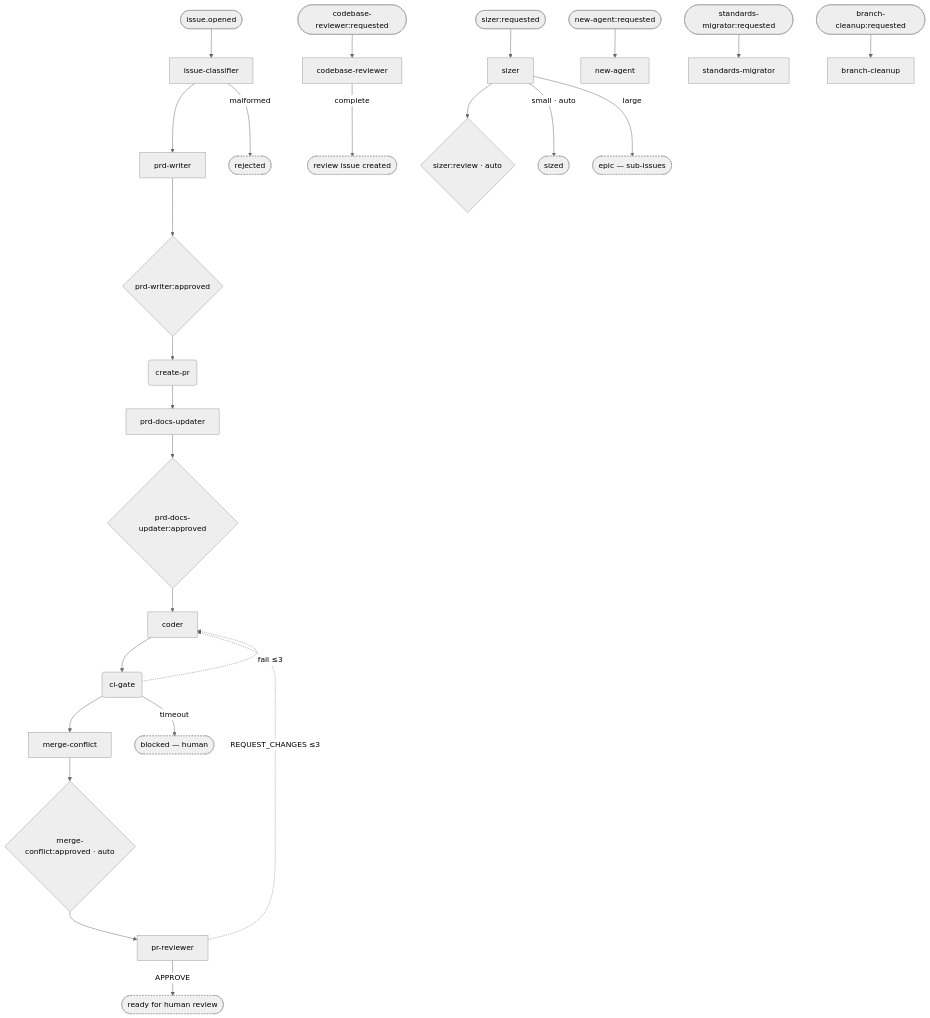
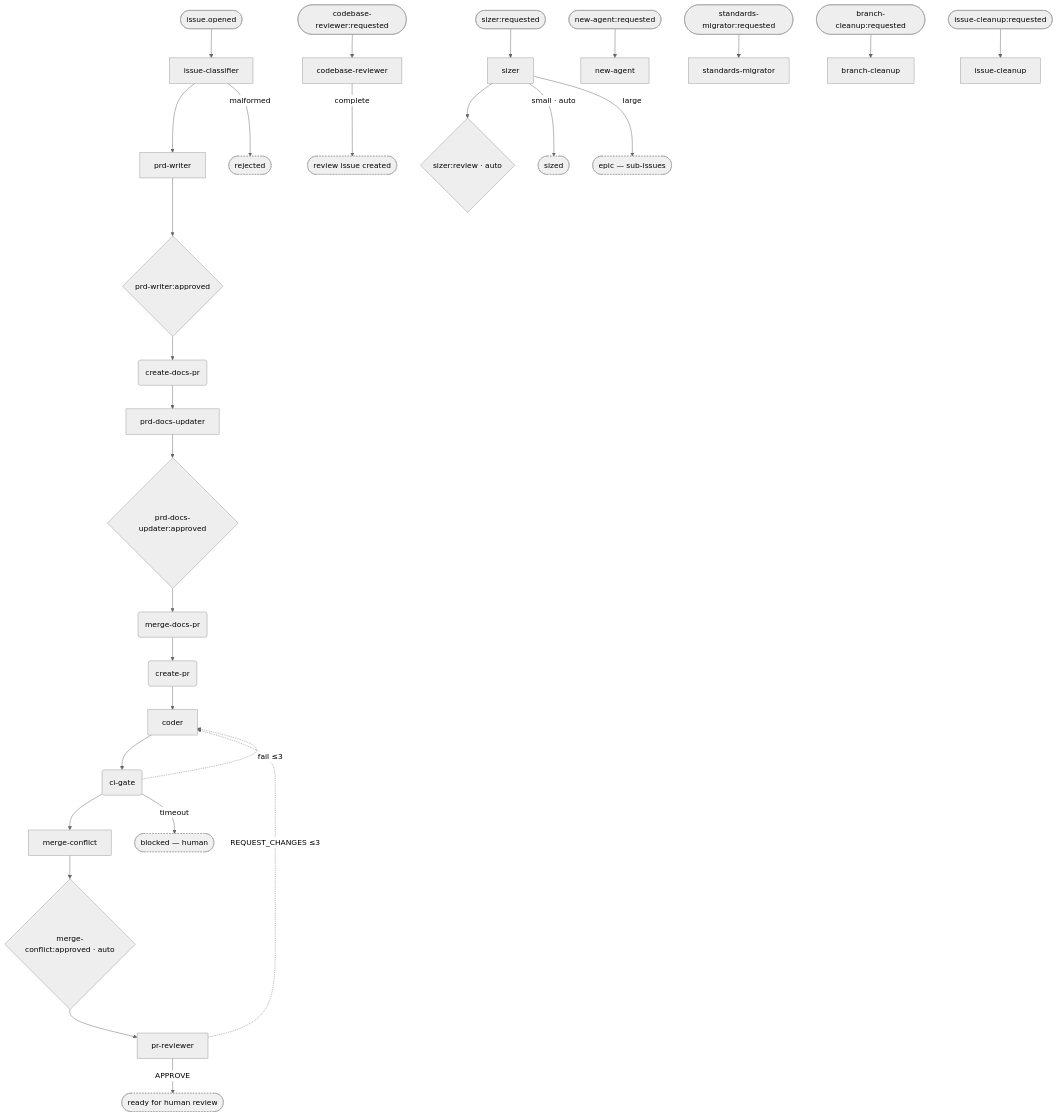
One commit to M-A-Operating-System/ai-coding-standards2 changed the diagram in docs/product/orchestrator/generated/pipeline.mmd. Above: the diagram before and after it, drawn with Mermaid (neutral theme). The commit also changed 11 other files, not shown here.

```diff
--- a/docs/product/orchestrator/generated/pipeline.mmd
+++ b/docs/product/orchestrator/generated/pipeline.mmd
@@ -1,56 +1,63 @@
 flowchart TD
     entry_n_01_product_docs__issue_classifier(["issue.opened"])
     entry_n_00_ondemand__codebase_reviewer(["codebase-reviewer:requested"])
     entry_n_00_ondemand__sizer(["sizer:requested"])
     entry_n_00_ondemand__new_agent(["new-agent:requested"])
     entry_n_00_ondemand__standards_migrator(["standards-migrator:requested"])
     entry_n_00_ondemand__branch_cleanup(["branch-cleanup:requested"])
+    entry_n_00_ondemand__issue_cleanup(["issue-cleanup:requested"])
     n_01_product_docs__issue_classifier["issue-classifier"]
     n_01_product_docs__prd_writer["prd-writer"]
+    n_01_product_docs__create_docs_pr("create-docs-pr")
     n_01_product_docs__create_pr("create-pr")
     n_01_product_docs__prd_docs_updater["prd-docs-updater"]
+    n_01_product_docs__merge_docs_pr("merge-docs-pr")
     n_03_execute__coder["coder"]
     n_03_execute__ci_gate("ci-gate")
     n_03_execute__merge_conflict["merge-conflict"]
     n_03_execute__pr_reviewer["pr-reviewer"]
     n_00_ondemand__codebase_reviewer["codebase-reviewer"]
     n_00_ondemand__sizer["sizer"]
     n_00_ondemand__new_agent["new-agent"]
     n_00_ondemand__standards_migrator["standards-migrator"]
     n_00_ondemand__branch_cleanup["branch-cleanup"]
+    n_00_ondemand__issue_cleanup["issue-cleanup"]
     gate__n_01_product_docs__prd_writer{"prd-writer:approved"}
     gate__n_01_product_docs__prd_docs_updater{"prd-docs-updater:approved"}
     gate__n_03_execute__merge_conflict{"merge-conflict:approved · auto"}
     gate__n_00_ondemand__sizer{"sizer:review · auto"}
     term_blocked(["blocked — human"]):::term
     term_cr_done(["review issue created"]):::term
     term_epic(["epic — sub-issues"]):::term
     term_ready(["ready for human review"]):::term
     term_rejected(["rejected"]):::term
     term_sized(["sized"]):::term
     entry_n_01_product_docs__issue_classifier --> n_01_product_docs__issue_classifier
     entry_n_00_ondemand__codebase_reviewer --> n_00_ondemand__codebase_reviewer
     entry_n_00_ondemand__sizer --> n_00_ondemand__sizer
     entry_n_00_ondemand__new_agent --> n_00_ondemand__new_agent
     entry_n_00_ondemand__standards_migrator --> n_00_ondemand__standards_migrator
     entry_n_00_ondemand__branch_cleanup --> n_00_ondemand__branch_cleanup
+    entry_n_00_ondemand__issue_cleanup --> n_00_ondemand__issue_cleanup
     n_01_product_docs__issue_classifier --> n_01_product_docs__prd_writer
-    gate__n_01_product_docs__prd_writer --> n_01_product_docs__create_pr
-    n_01_product_docs__create_pr --> n_01_product_docs__prd_docs_updater
-    gate__n_01_product_docs__prd_docs_updater --> n_03_execute__coder
+    gate__n_01_product_docs__prd_writer --> n_01_product_docs__create_docs_pr
+    n_01_product_docs__merge_docs_pr --> n_01_product_docs__create_pr
+    n_01_product_docs__create_docs_pr --> n_01_product_docs__prd_docs_updater
+    gate__n_01_product_docs__prd_docs_updater --> n_01_product_docs__merge_docs_pr
+    n_01_product_docs__create_pr --> n_03_execute__coder
     n_03_execute__coder --> n_03_execute__ci_gate
     n_03_execute__ci_gate --> n_03_execute__merge_conflict
     gate__n_03_execute__merge_conflict --> n_03_execute__pr_reviewer
     n_01_product_docs__prd_writer --> gate__n_01_product_docs__prd_writer
     n_01_product_docs__prd_docs_updater --> gate__n_01_product_docs__prd_docs_updater
     n_03_execute__merge_conflict --> gate__n_03_execute__merge_conflict
     n_00_ondemand__sizer --> gate__n_00_ondemand__sizer
     n_03_execute__pr_reviewer -. REQUEST_CHANGES ≤3 .-> n_03_execute__coder
     n_03_execute__ci_gate -. fail ≤3 .-> n_03_execute__coder
     n_01_product_docs__issue_classifier -->|malformed| term_rejected
     n_03_execute__ci_gate -->|timeout| term_blocked
     n_03_execute__pr_reviewer -->|APPROVE| term_ready
     n_00_ondemand__sizer -->|small · auto| term_sized
     n_00_ondemand__sizer -->|large| term_epic
     n_00_ondemand__codebase_reviewer -->|complete| term_cr_done
     classDef term fill:#f0f0f0,stroke:#999,stroke-dasharray:3
```
